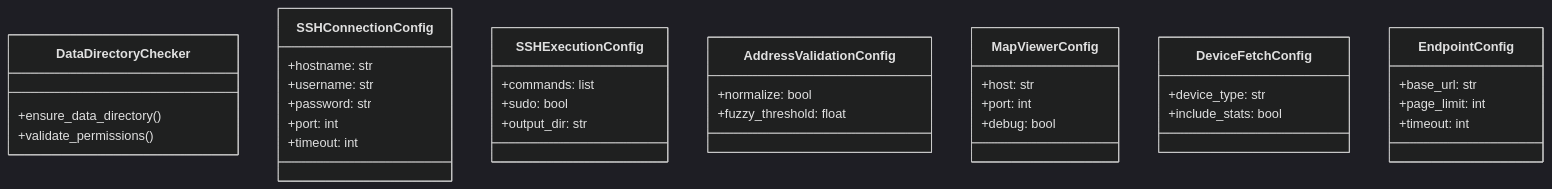
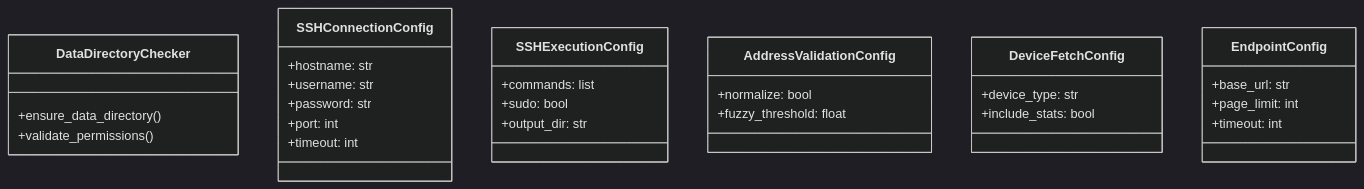
One commit to jmorrison-juniper/MistHelper changed the first of 2 diagrams in documentation/diagrams/class-hierarchy/infrastructure.md. Above: the diagram before and after it, drawn with Mermaid. The commit also changed 3 other files, not shown here.

First line of the commit message:
refactor: delete unused MapViewerConfig (SC-002)

````diff
--- a/documentation/diagrams/class-hierarchy/infrastructure.md
+++ b/documentation/diagrams/class-hierarchy/infrastructure.md
@@ -9,54 +9,48 @@
 ```mermaid
 %%{init: {'theme': 'dark', 'themeVariables': {
   'primaryColor': '#E20074',
   'primaryTextColor': '#E0E0E0',
   'primaryBorderColor': '#99004D',
   'lineColor': '#FF4DA6',
   'secondaryColor': '#16213E',
   'tertiaryColor': '#1A1A2E',
   'fontFamily': 'ui-monospace, monospace'
 }}}%%
 classDiagram
     direction TB
 
     class DataDirectoryChecker {
         +ensure_data_directory()
         +validate_permissions()
     }
 
     class SSHConnectionConfig {
         +hostname: str
         +username: str
         +password: str
         +port: int
         +timeout: int
     }
 
     class SSHExecutionConfig {
         +commands: list
         +sudo: bool
         +output_dir: str
     }
 
     class AddressValidationConfig {
         +normalize: bool
         +fuzzy_threshold: float
     }
 
-    class MapViewerConfig {
-        +host: str
-        +port: int
-        +debug: bool
-    }
-
     class DeviceFetchConfig {
         +device_type: str
         +include_stats: bool
     }
 
     class EndpointConfig {
         +base_url: str
         +page_limit: int
         +timeout: int
     }
 ```
````
